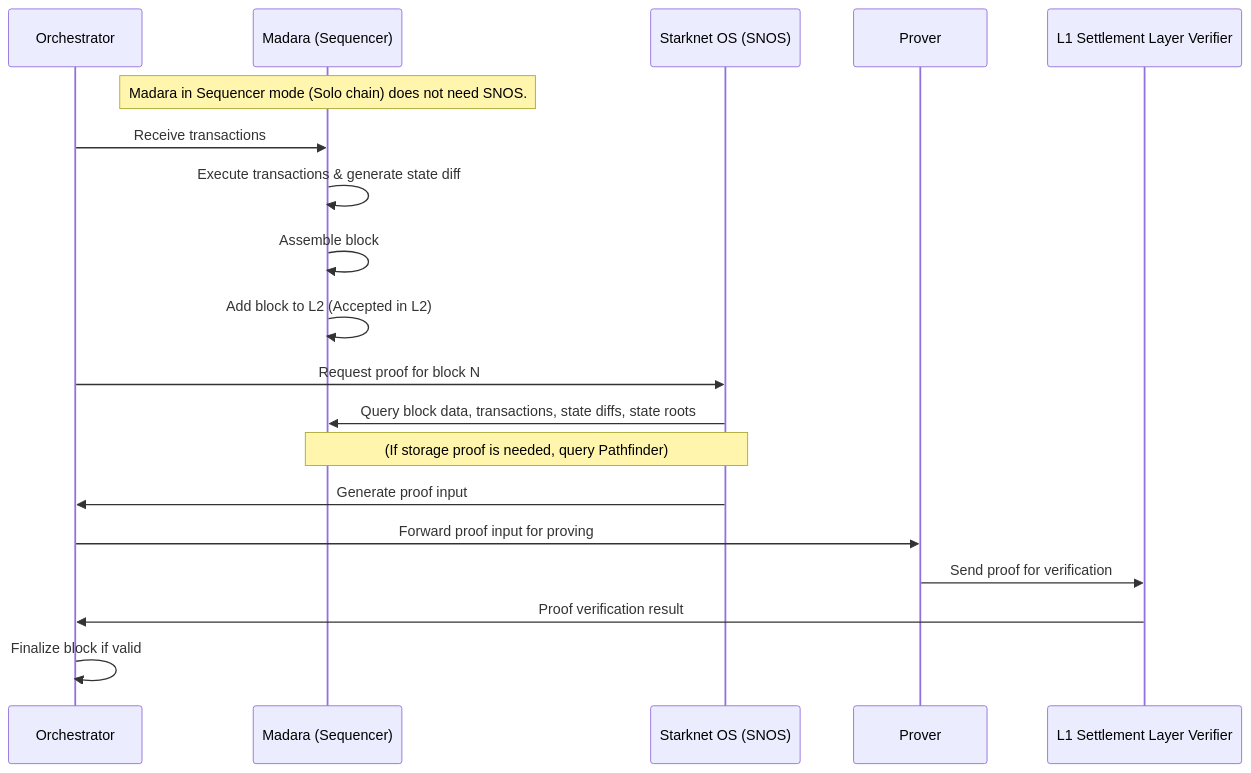
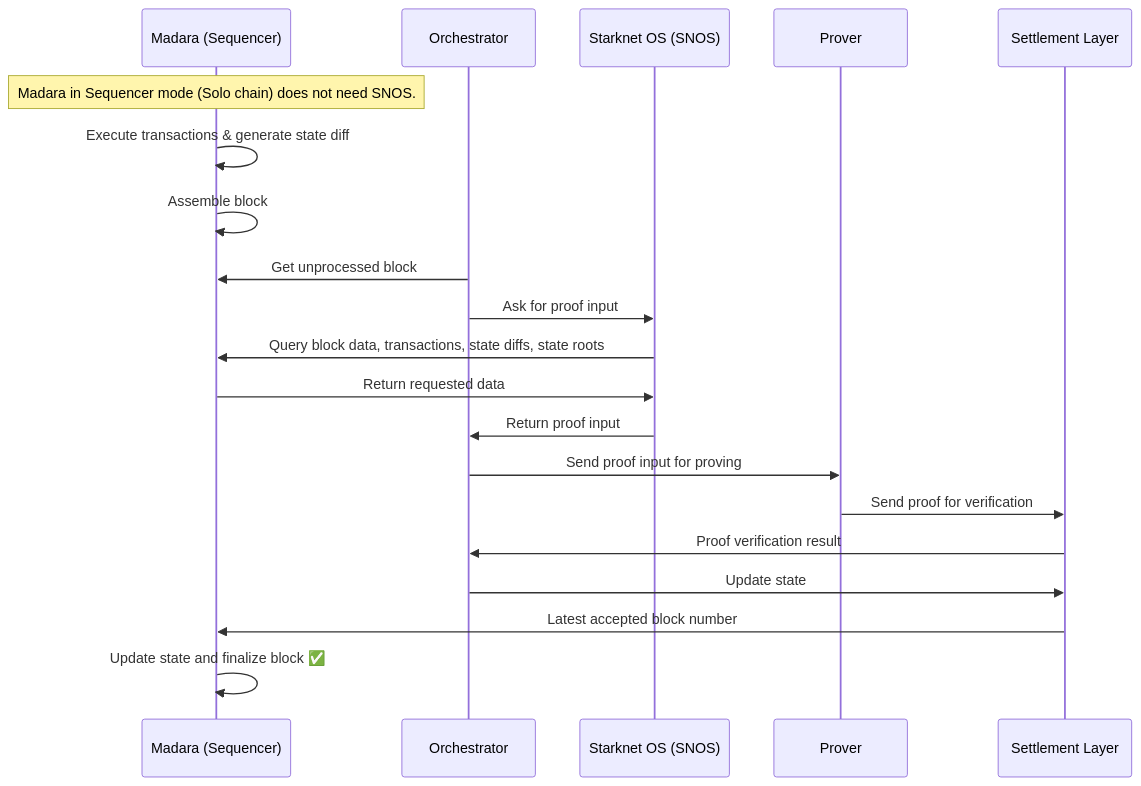
One commit to walnuthq/madara-docs changed the diagram in docs/chain/architecture.md. Above: the diagram before and after it, drawn with Mermaid. The commit also changed other lines of this file, not shown here.

Commit message:
Update chain architecture

````diff
--- a/docs/chain/architecture.md
+++ b/docs/chain/architecture.md
@@ -31,26 +33,30 @@
 ```mermaid
 sequenceDiagram
 
+    participant Sequencer as Madara (Sequencer)
     participant Orchestrator
-    participant Sequencer as Madara (Sequencer)
     participant SNOS as Starknet OS (SNOS)
     participant Prover
-    participant L1_Verifier as L1 Settlement Layer Verifier
+    participant Verifier as Settlement Layer
 
     Note over Sequencer: Madara in Sequencer mode (Solo chain) does not need SNOS.
 
-    Orchestrator ->> Sequencer: Receive transactions
     Sequencer ->> Sequencer: Execute transactions & generate state diff
     Sequencer ->> Sequencer: Assemble block
-    Sequencer ->> Sequencer: Add block to L2 (Accepted in L2)
 
-    Orchestrator ->> SNOS: Request proof for block N
+    Orchestrator ->> Sequencer: Get unprocessed block
+
+    Orchestrator ->> SNOS: Ask for proof input
     SNOS ->> Sequencer: Query block data, transactions, state diffs, state roots
-    Note over SNOS, Sequencer: (If storage proof is needed, query Pathfinder)
-    SNOS ->> Orchestrator: Generate proof input
-    Orchestrator ->> Prover: Forward proof input for proving
-    Prover ->> L1_Verifier: Send proof for verification
-    L1_Verifier ->> Orchestrator: Proof verification result
-    Orchestrator ->> Orchestrator: Finalize block if valid
+    Sequencer ->> SNOS: Return requested data
+    SNOS ->> Orchestrator: Return proof input
+    
+    Orchestrator ->> Prover: Send proof input for proving
+    Prover ->> Verifier: Send proof for verification
+    Verifier ->> Orchestrator: Proof verification result
 
+    Orchestrator ->> Verifier: Update state
+    Verifier ->> Sequencer: Latest accepted block number
+
+    Sequencer ->> Sequencer: Update state and finalize block ✅
 ```
````
